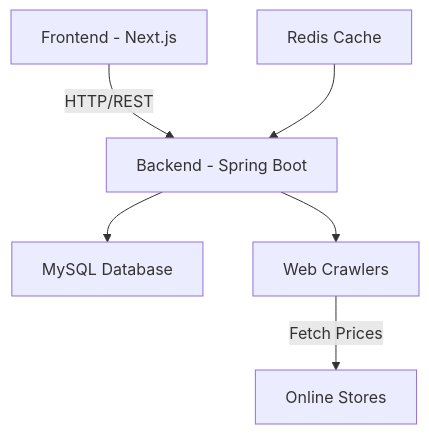
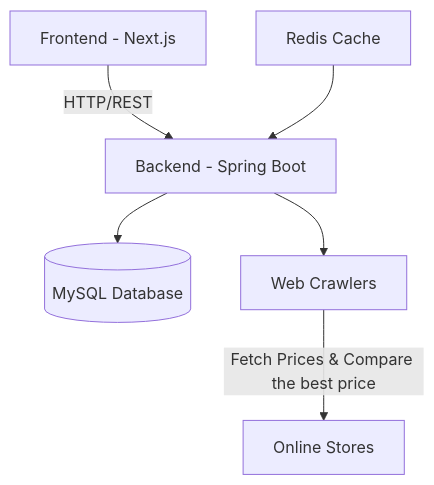
One commit to tonidevvn/applied-computing-concepts changed the diagram in README.md. Above: the diagram before and after it, drawn with Mermaid. The commit also changed other lines of this file, not shown here.

````diff
--- a/README.md
+++ b/README.md
@@ -26,9 +26,9 @@
 ```mermaid
-graph TD
+flowchart TD
     A[Frontend - Next.js] -->|HTTP/REST| B[Backend - Spring Boot]
-    B --> C[MySQL Database]
+    B --> C[(MySQL Database)]
     B --> D[Web Crawlers]
-    D -->|Fetch Prices| E[Online Stores]
+    D -->|Fetch Prices & Compare the best price| E[Online Stores]
     F[Redis Cache] --> B
 
 ```
````
